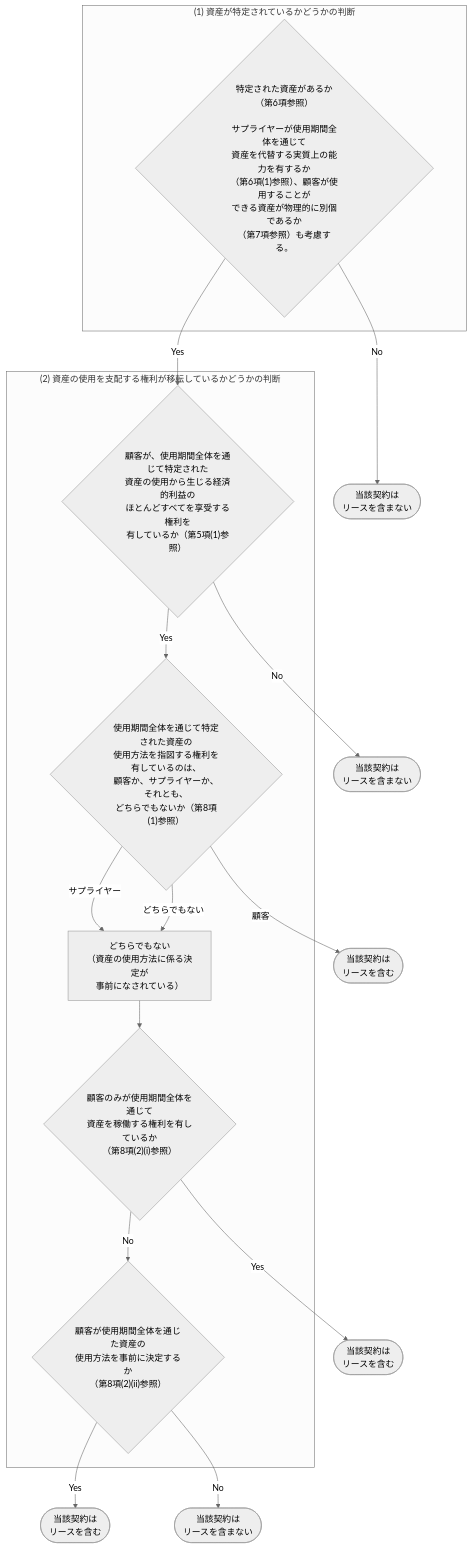
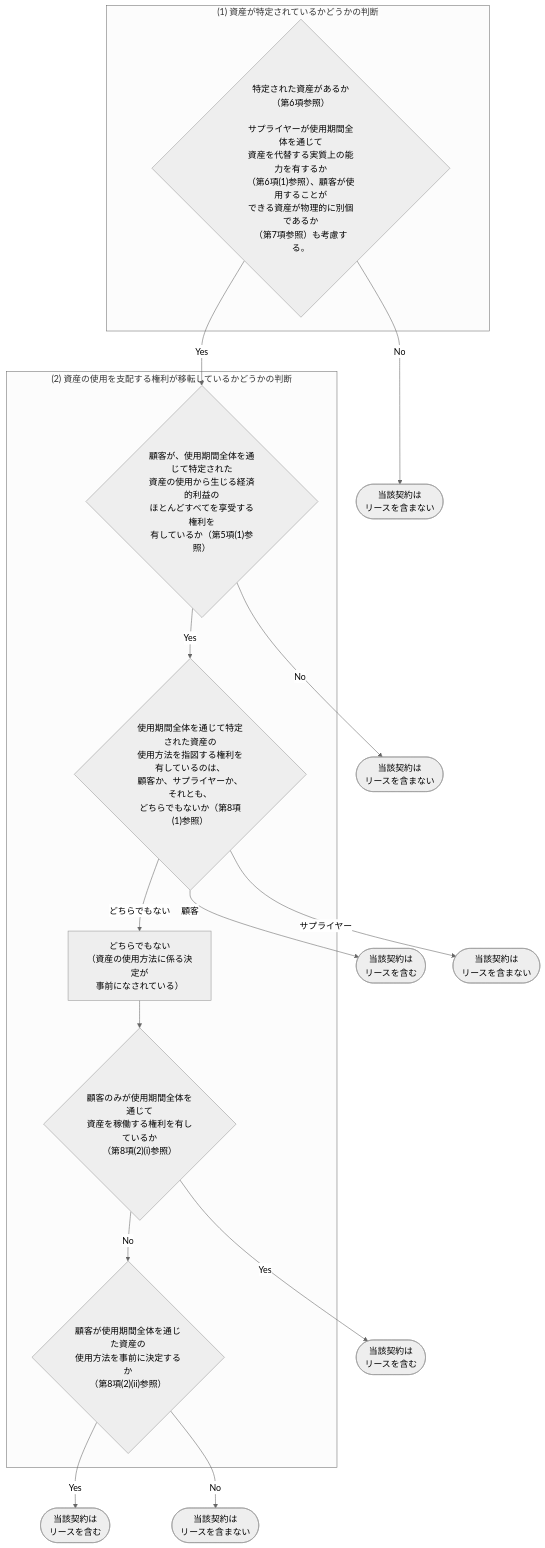
One commit to M4BS-Organization/ROUAsset-Manager changed the diagram in docs/リース識別フローチャート.mermaid. Above: the diagram before and after it, drawn with Mermaid (neutral theme).

Commit message:
fix: フローチャートのサプライヤー分岐先を「リースを含まない」に修正

```diff
--- a/docs/リース識別フローチャート.mermaid
+++ b/docs/リース識別フローチャート.mermaid
@@ -1,28 +1,28 @@
 %% リースの識別に関するフローチャート
 %% 出典: ASBJ リース会計基準 設例1（lease_2024_09_examples.md）
 
 flowchart TD
   subgraph S1["(1) 資産が特定されているかどうかの判断"]
     Q1{"特定された資産があるか（第6項参照）\n\nサプライヤーが使用期間全体を通じて\n資産を代替する実質上の能力を有するか\n（第6項(1)参照）、顧客が使用することが\nできる資産が物理的に別個であるか\n（第7項参照）も考慮する。"}
   end
 
   subgraph S2["(2) 資産の使用を支配する権利が移転しているかどうかの判断"]
     Q2{"顧客が、使用期間全体を通じて特定された\n資産の使用から生じる経済的利益の\nほとんどすべてを享受する権利を\n有しているか（第5項(1)参照）"}
     Q3{"使用期間全体を通じて特定された資産の\n使用方法を指図する権利を有しているのは、\n顧客か、サプライヤーか、それとも、\nどちらでもないか（第8項(1)参照）"}
     NOTE["どちらでもない\n（資産の使用方法に係る決定が\n事前になされている）"]
     Q4{"顧客のみが使用期間全体を通じて\n資産を稼働する権利を有しているか\n（第8項(2)(i)参照）"}
     Q5{"顧客が使用期間全体を通じた資産の\n使用方法を事前に決定するか\n（第8項(2)(ii)参照）"}
   end
 
   Q1 -->|Yes| Q2
   Q1 -->|No| E1(["当該契約は\nリースを含まない"])
   Q2 -->|Yes| Q3
   Q2 -->|No| E2(["当該契約は\nリースを含まない"])
   Q3 -->|顧客| E3(["当該契約は\nリースを含む"])
-  Q3 -->|"サプライヤー"| NOTE
+  Q3 -->|"サプライヤー"| E7(["当該契約は\nリースを含まない"])
   Q3 -->|"どちらでもない"| NOTE
   NOTE --> Q4
   Q4 -->|Yes| E4(["当該契約は\nリースを含む"])
   Q4 -->|No| Q5
   Q5 -->|Yes| E5(["当該契約は\nリースを含む"])
   Q5 -->|No| E6(["当該契約は\nリースを含まない"])
```
